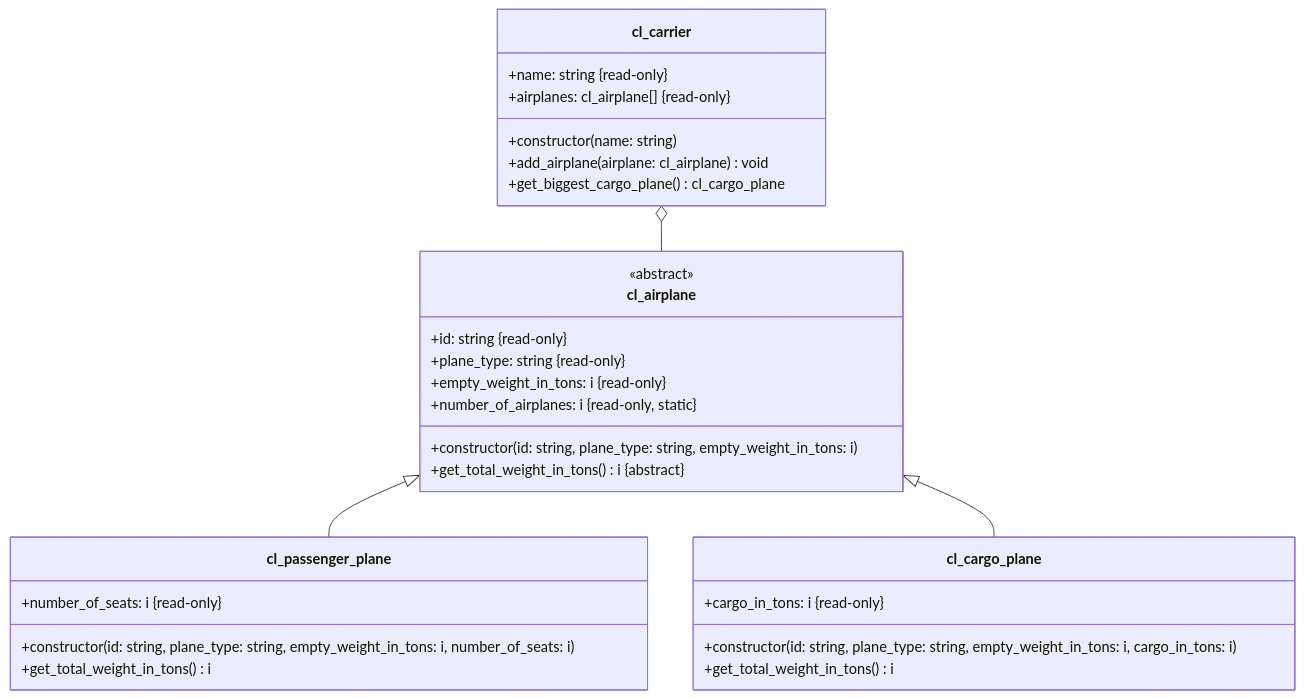
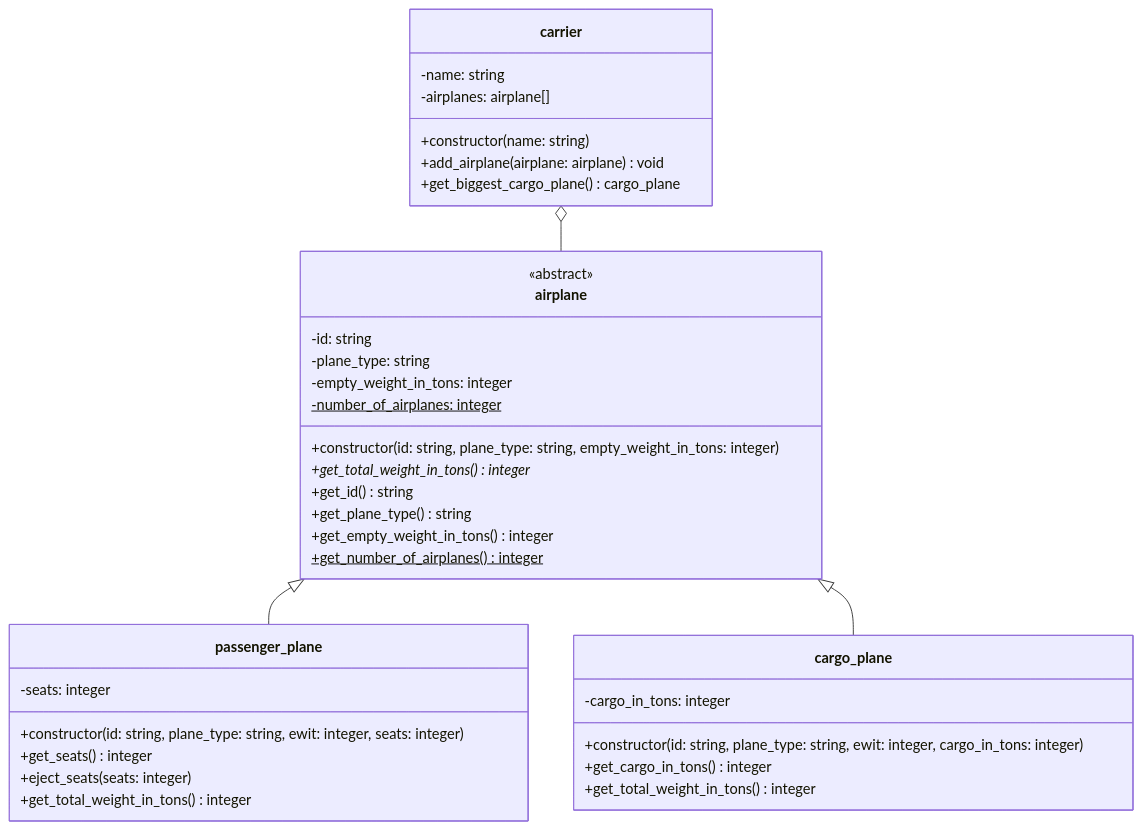
Before and after one commit to appenmaier/s4hana: the diagram in docs/exercises/abap-objects/abap-objects-08.md, drawn with Mermaid.

````diff
--- a/docs/exercises/abap-objects/abap-objects-08.md
+++ b/docs/exercises/abap-objects/abap-objects-08.md
@@ -10,36 +10,43 @@
 ```mermaid
 classDiagram
-   cl_carrier o-- cl_airplane
-   cl_airplane <|-- cl_passenger_plane
-   cl_airplane <|-- cl_cargo_plane
+   carrier o-- airplane
+   airplane <|-- passenger_plane
+   airplane <|-- cargo_plane
 
-   class cl_airplane {
+   class airplane {
       <<abstract>>
-      +id: string &#123read-only&#125
-      +plane_type: string &#123read-only&#125
-      +empty_weight_in_tons: i &#123read-only&#125
-      +number_of_airplanes: i &#123read-only, static&#125
-      +constructor(id: string, plane_type: string, empty_weight_in_tons: i)
-      +get_total_weight_in_tons() i &#123abstract&#125
+      -id: string
+      -plane_type: string
+      -empty_weight_in_tons: integer
+      -number_of_airplanes: integer$
+      +constructor(id: string, plane_type: string, empty_weight_in_tons: integer)
+      +get_total_weight_in_tons() integer*
+      +get_id() string
+      +get_plane_type() string
+      +get_empty_weight_in_tons() integer
+      +get_number_of_airplanes() integer$
    }
 
-   class cl_passenger_plane {
-      +number_of_seats: i &#123read-only&#125
-      +constructor(id: string, plane_type: string, empty_weight_in_tons: i, number_of_seats: i)
-      +get_total_weight_in_tons() i
+   class passenger_plane {
+      -seats: integer
+      +constructor(id: string, plane_type: string, ewit: integer, seats: integer)
+      +get_seats() integer
+      +eject_seats(seats: integer)
+      +get_total_weight_in_tons() integer
    }
 
-   class cl_cargo_plane {
-      +cargo_in_tons: i &#123read-only&#125
-      +constructor(id: string, plane_type: string, empty_weight_in_tons: i, cargo_in_tons: i)
-      +get_total_weight_in_tons() i
+   class cargo_plane {
+      -cargo_in_tons: integer
+      +constructor(id: string, plane_type: string, ewit: integer, cargo_in_tons: integer)
+      +get_cargo_in_tons() integer
+      +get_total_weight_in_tons() integer
    }
 
-   class cl_carrier {
-      +name: string &#123read-only&#125
-      +airplanes: cl_airplane[] &#123read-only&#125
+   class carrier {
+      -name: string
+      -airplanes: airplane[]
       +constructor(name: string)
-      +add_airplane(airplane: cl_airplane) void
-      +get_biggest_cargo_plane() cl_cargo_plane
+      +add_airplane(airplane: airplane) void
+      +get_biggest_cargo_plane() cargo_plane
    }
 ```
````
